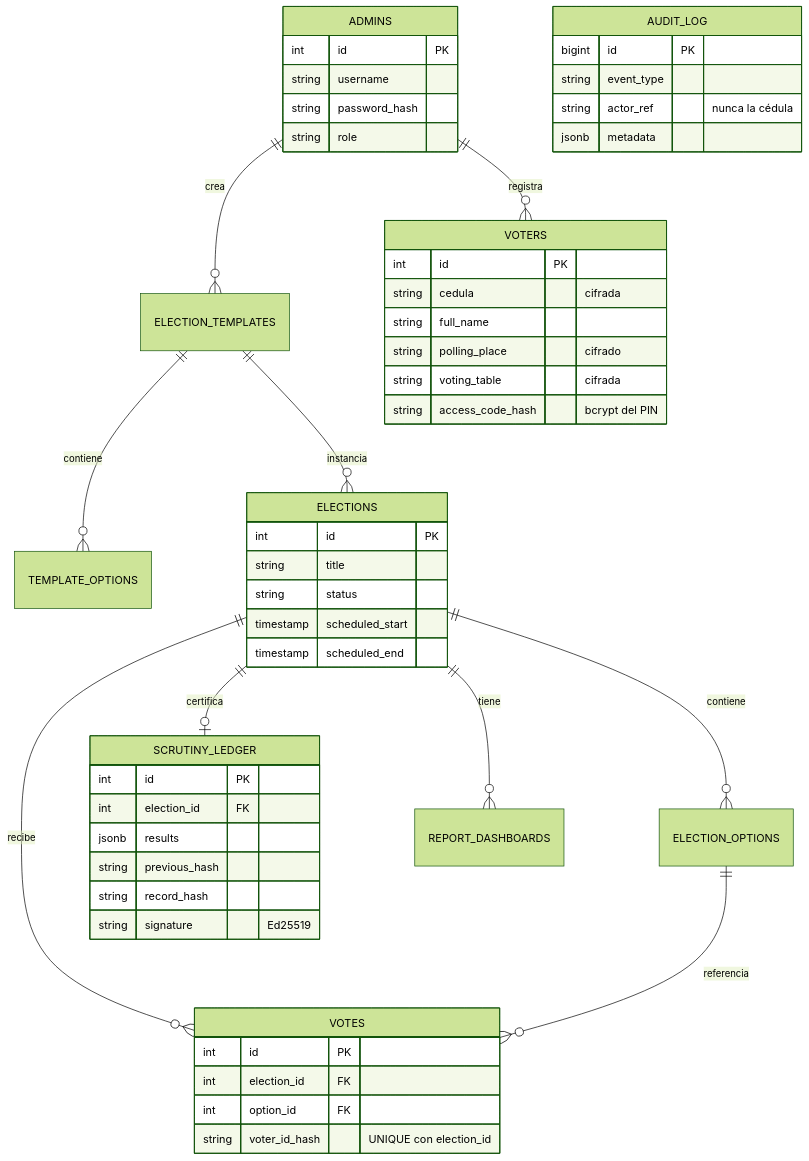
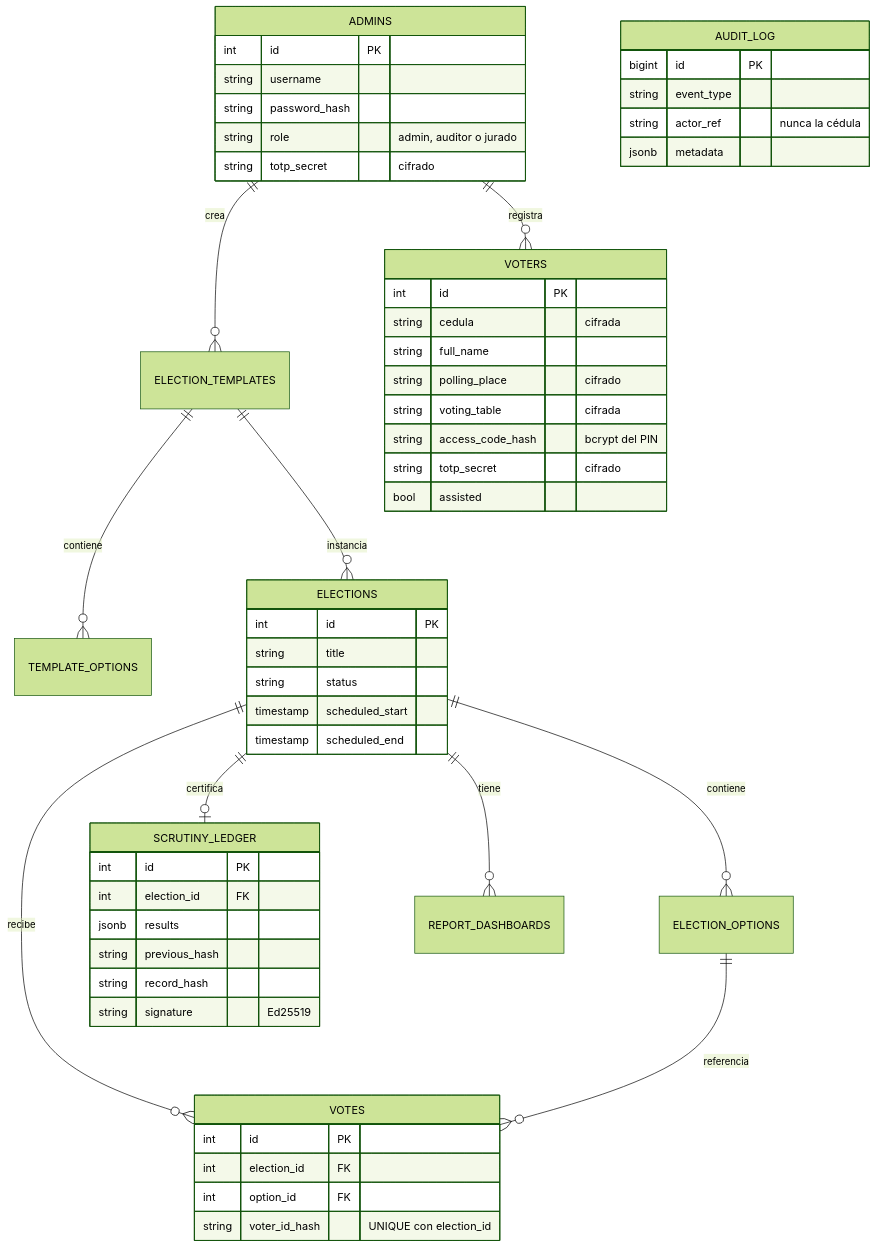
The sixth of 8 diagrams in docs/informe-tecnico.md (NicolasPineda1421/LiveMetric), drawn with Mermaid (forest theme) before and after one commit. The commit also changed other lines of this file and 45 other files, not shown here.

First line of the commit message:
Segundo factor para votar (TOTP) y voto asistido por el jurado de la mesa

````diff
--- a/docs/informe-tecnico.md
+++ b/docs/informe-tecnico.md
@@ -274,42 +285,45 @@
 ```mermaid
 erDiagram
     ADMINS ||--o{ ELECTION_TEMPLATES : crea
     ADMINS ||--o{ VOTERS : registra
     ELECTION_TEMPLATES ||--o{ TEMPLATE_OPTIONS : contiene
     ELECTION_TEMPLATES ||--o{ ELECTIONS : instancia
     ELECTIONS ||--o{ ELECTION_OPTIONS : contiene
     ELECTIONS ||--o{ VOTES : recibe
     ELECTION_OPTIONS ||--o{ VOTES : referencia
     ELECTIONS ||--o| SCRUTINY_LEDGER : certifica
     ELECTIONS ||--o{ REPORT_DASHBOARDS : tiene
 
     ADMINS { int id PK
         string username
         string password_hash
-        string role }
+        string role "admin, auditor o jurado"
+        string totp_secret "cifrado" }
     VOTERS { int id PK
         string cedula "cifrada"
         string full_name
         string polling_place "cifrado"
         string voting_table "cifrada"
-        string access_code_hash "bcrypt del PIN" }
+        string access_code_hash "bcrypt del PIN"
+        string totp_secret "cifrado"
+        bool assisted }
     ELECTIONS { int id PK
         string title
         string status
         timestamp scheduled_start
         timestamp scheduled_end }
     VOTES { int id PK
         int election_id FK
         int option_id FK
         string voter_id_hash "UNIQUE con election_id" }
     SCRUTINY_LEDGER { int id PK
         int election_id FK
         jsonb results
         string previous_hash
         string record_hash
         string signature "Ed25519" }
     AUDIT_LOG { bigint id PK
         string event_type
         string actor_ref "nunca la cédula"
         jsonb metadata }
 ```
````
